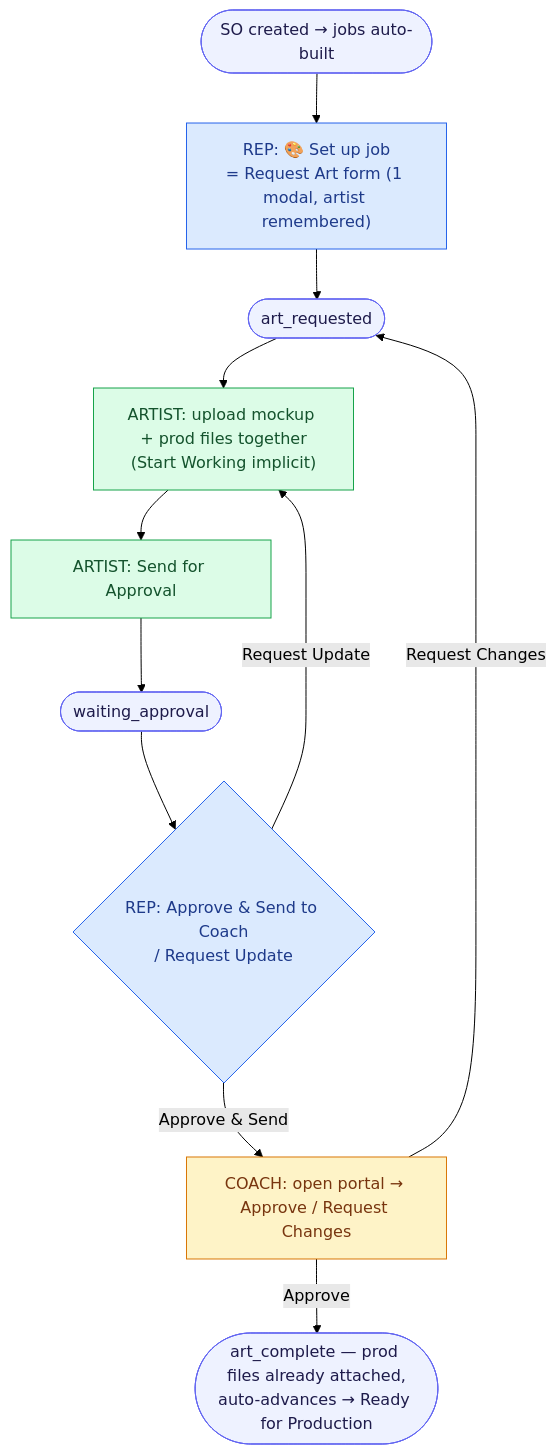
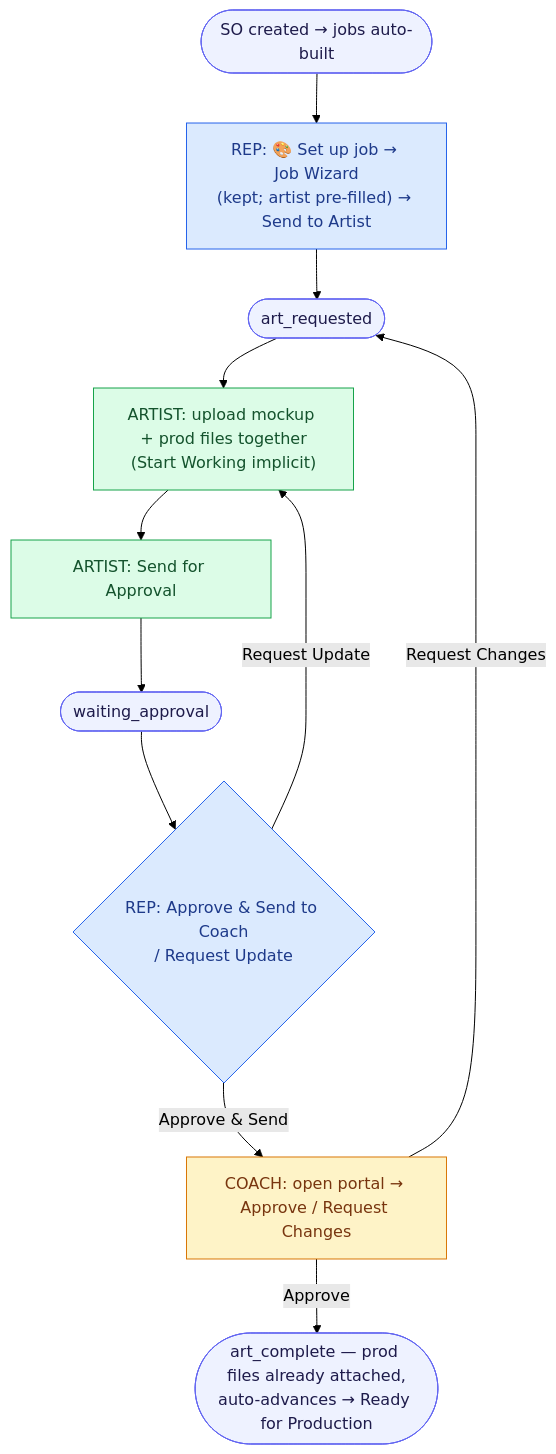
One commit to NationalSports/nsa-portal changed the second of 2 diagrams in ARTWORK_WORKFLOW_MAP.md. Above: the diagram before and after it, drawn with Mermaid (forest theme). The commit also changed other lines of this file, not shown here.

First line of the commit message:
Revise proposed art flow to keep the Job Wizard

````diff
--- a/ARTWORK_WORKFLOW_MAP.md
+++ b/ARTWORK_WORKFLOW_MAP.md
@@ -132,19 +132,19 @@
 ```mermaid
 flowchart TD
     classDef status fill:#eef2ff,stroke:#6366f1,color:#1e1b4b;
     classDef rep fill:#dbeafe,stroke:#2563eb,color:#1e3a8a;
     classDef artist fill:#dcfce7,stroke:#16a34a,color:#14532d;
     classDef coach fill:#fef3c7,stroke:#d97706,color:#78350f;
 
     SO([SO created → jobs auto-built]):::status
-    SO --> R1["REP: 🎨 Set up job<br/>= Request Art form (1 modal, artist remembered)"]:::rep
+    SO --> R1["REP: 🎨 Set up job → Job Wizard<br/>(kept; artist pre-filled) → Send to Artist"]:::rep
     R1 --> S1([art_requested]):::status
     S1 --> A1["ARTIST: upload mockup + prod files together<br/>(Start Working implicit)"]:::artist
     A1 --> A2["ARTIST: Send for Approval"]:::artist
     A2 --> S3([waiting_approval]):::status
     S3 --> RDEC{REP: Approve & Send to Coach<br/>/ Request Update}:::rep
     RDEC -->|Request Update| A1
     RDEC -->|Approve & Send| C1["COACH: open portal → Approve / Request Changes"]:::coach
     C1 -->|Request Changes| S1
     C1 -->|Approve| DONE([art_complete — prod files already attached,<br/>auto-advances → Ready for Production]):::status
 ```
````
